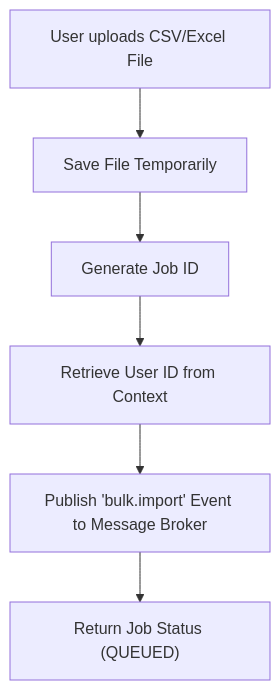
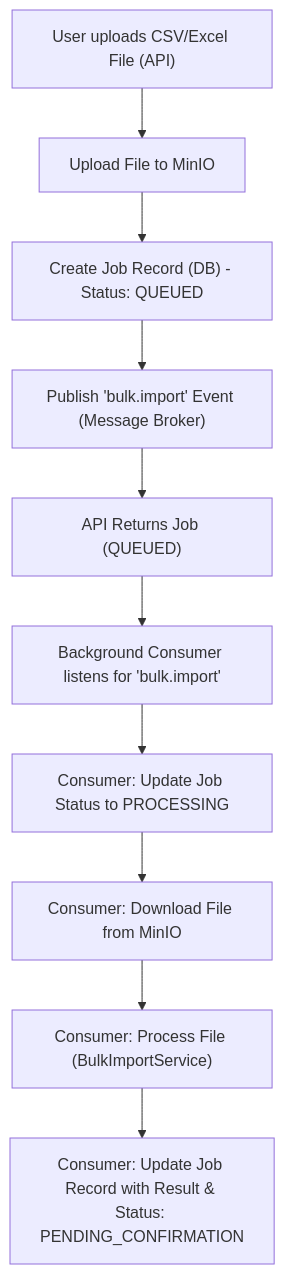
One commit to MuhibNayem/Quantify changed diagram 28 of 40 in backend/docs/business_logic_details.md. Above: the diagram before and after it, drawn with Mermaid. The commit also changed other lines of this file and 36 other files, not shown here.

````diff
--- a/backend/docs/business_logic_details.md
+++ b/backend/docs/business_logic_details.md
@@ -720,8 +724,12 @@
 ```mermaid
 graph TD
-    A["User uploads CSV/Excel File"] --> B["Save File Temporarily"];
-    B --> C["Generate Job ID"];
-    C --> D["Retrieve User ID from Context"];
-    D --> E["Publish 'bulk.import' Event to Message Broker"];
-    E --> F["Return Job Status (QUEUED)"];
+    A["User uploads CSV/Excel File (API)"] --> B["Upload File to MinIO"];
+    B --> C["Create Job Record (DB) - Status: QUEUED"];
+    C --> D["Publish 'bulk.import' Event (Message Broker)"];
+    D --> E["API Returns Job (QUEUED)"];
+    E --> F["Background Consumer listens for 'bulk.import'"];
+    F --> G["Consumer: Update Job Status to PROCESSING"];
+    G --> H["Consumer: Download File from MinIO"];
+    H --> I["Consumer: Process File (BulkImportService)"];
+    I --> J["Consumer: Update Job Record with Result & Status: PENDING_CONFIRMATION"];
 ```
````
